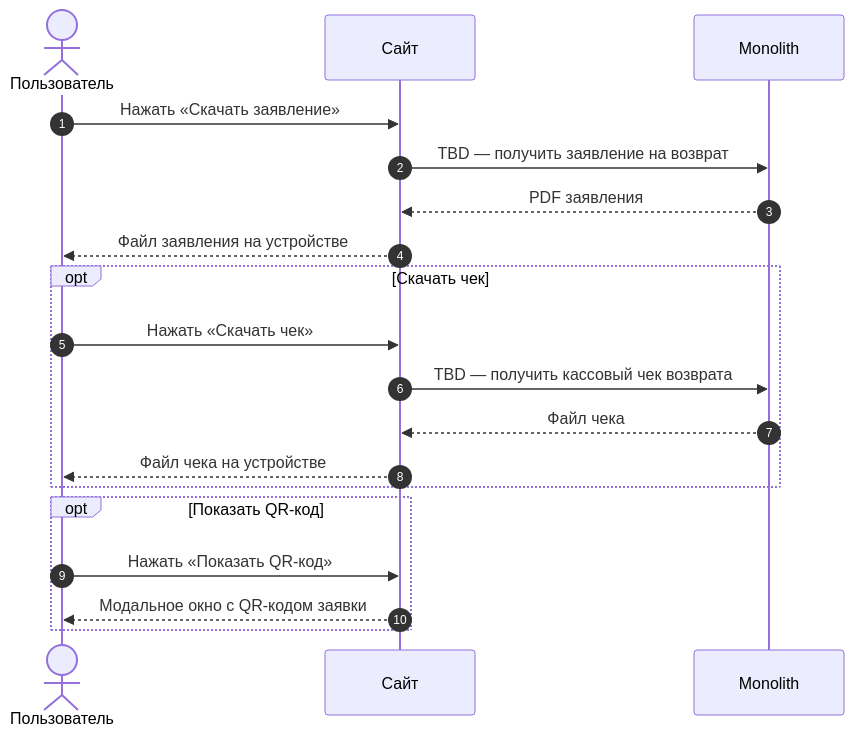
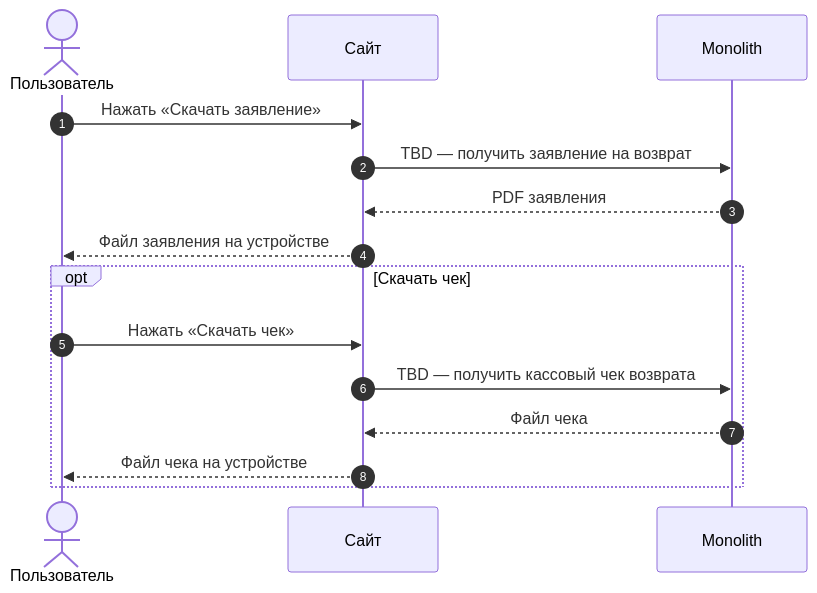
Diagram 23 of 24 in projects/returns-2.0/requirements/srs/srs-web-mvp.md (Terinss155/opencode-agents-analysis), drawn with Mermaid before and after one commit. The commit also changed other lines of this file and 18 other files, not shown here.

````diff
--- a/projects/returns-2.0/requirements/srs/srs-web-mvp.md
+++ b/projects/returns-2.0/requirements/srs/srs-web-mvp.md
@@ -1333,24 +1450,19 @@
 ```mermaid
 sequenceDiagram
     autonumber
     actor U as Пользователь
     participant WEB as Сайт
     participant MON as Monolith
 
     U->>WEB: Нажать «Скачать заявление»
     WEB->>MON: TBD — получить заявление на возврат
     MON-->>WEB: PDF заявления
     WEB-->>U: Файл заявления на устройстве
 
     opt Скачать чек
         U->>WEB: Нажать «Скачать чек»
         WEB->>MON: TBD — получить кассовый чек возврата
         MON-->>WEB: Файл чека
         WEB-->>U: Файл чека на устройстве
     end
-
-    opt Показать QR-код
-        U->>WEB: Нажать «Показать QR-код»
-        WEB-->>U: Модальное окно с QR-кодом заявки
-    end
 ```
````
